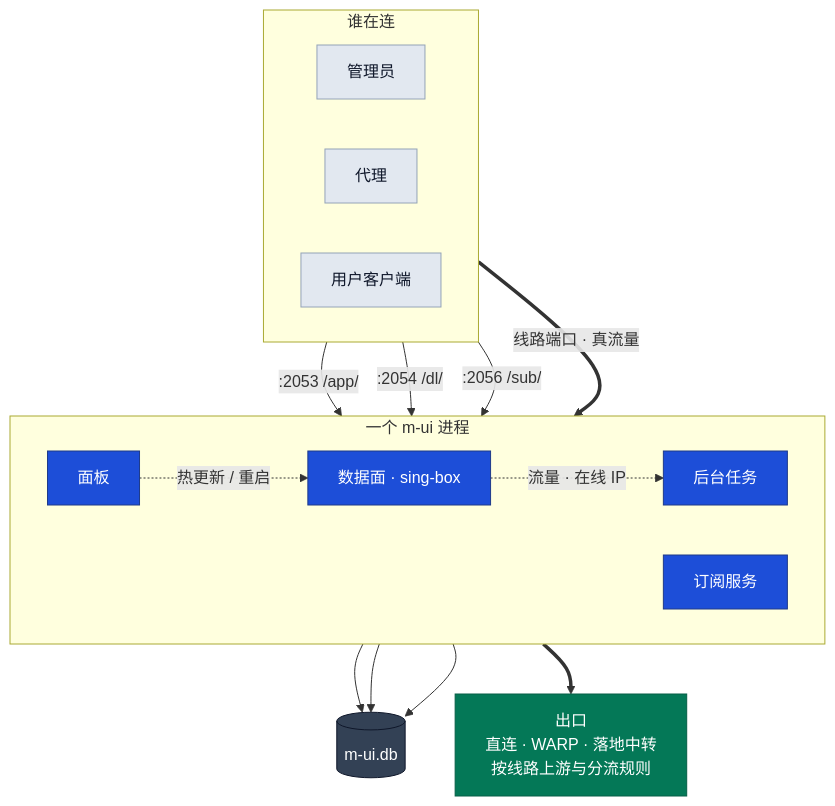
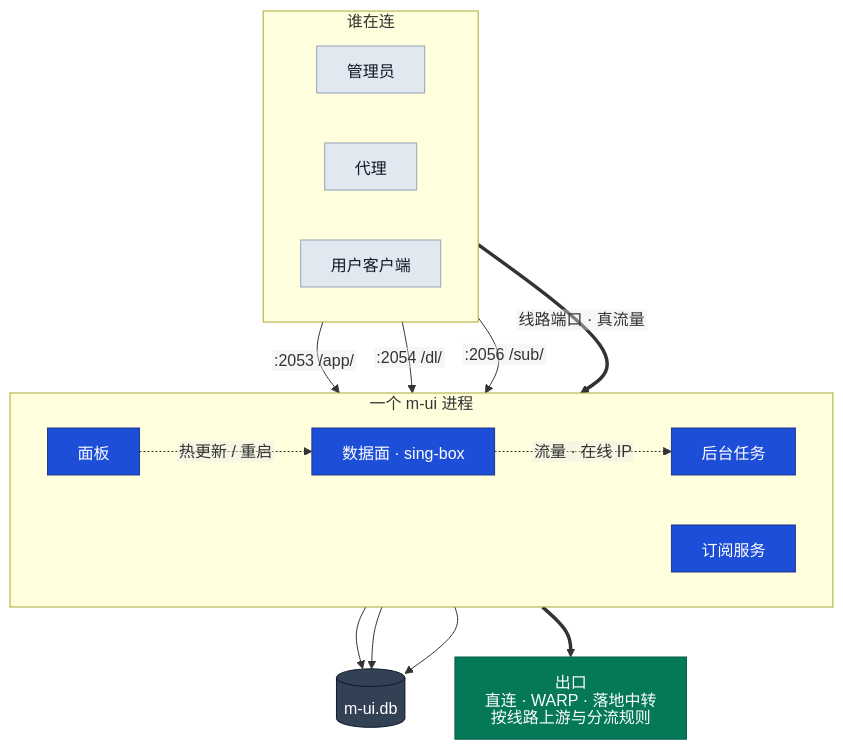
Before and after one commit to Maoyangui/m-ui: the first of 5 diagrams in README.md, drawn with Mermaid. The commit also changed other lines of this file and 1 other file, not shown here.

Commit message:
README 的 Mermaid 图改用 SVG 文字(htmlLabels: false):GitHub 渲染时 HTML 标签的量宽和实际字体对不上,中文长标签被截、短标签被挤折行

````diff
--- a/README.md
+++ b/README.md
@@ -79,38 +79,44 @@
 ```mermaid
+---
+config:
+  htmlLabels: false
+  flowchart:
+    htmlLabels: false
+---
 flowchart TB
   subgraph WHO["谁在连"]
     direction LR
     ADM["管理员"]
     DLR["代理"]
     APP["用户客户端"]
   end
 
   subgraph PROC["一个 m-ui 进程"]
     direction LR
     WEB["面板"]
     SUB["订阅服务"]
     CORE["数据面 · sing-box"]
     BG["后台任务"]
   end
 
   ADM -->|":2053 /app/"| WEB
   DLR -->|":2054 /dl/"| WEB
   APP -->|":2056 /sub/"| SUB
   APP ==>|"线路端口 · 真流量"| CORE
   WEB -.->|"热更新 / 重启"| CORE
   CORE -.->|"流量 · 在线 IP"| BG
   WEB --> DB[("m-ui.db")]
   SUB --> DB
   BG --> DB
   CORE ==> OUT["出口<br/>直连 · WARP · 落地中转<br/>按线路上游与分流规则"]
 
   classDef svc fill:#1d4ed8,stroke:#1e3a8a,color:#ffffff,stroke-width:1px
   classDef who fill:#e2e8f0,stroke:#94a3b8,color:#0f172a,stroke-width:1px
   classDef data fill:#334155,stroke:#0f172a,color:#ffffff,stroke-width:1px
   classDef exit fill:#047857,stroke:#065f46,color:#ffffff,stroke-width:1px
   classDef warn fill:#b91c1c,stroke:#7f1d1d,color:#ffffff,stroke-width:1px
   class ADM,DLR,APP who
   class WEB,SUB,CORE,BG svc
   class DB data
   class OUT exit
 ```
````
